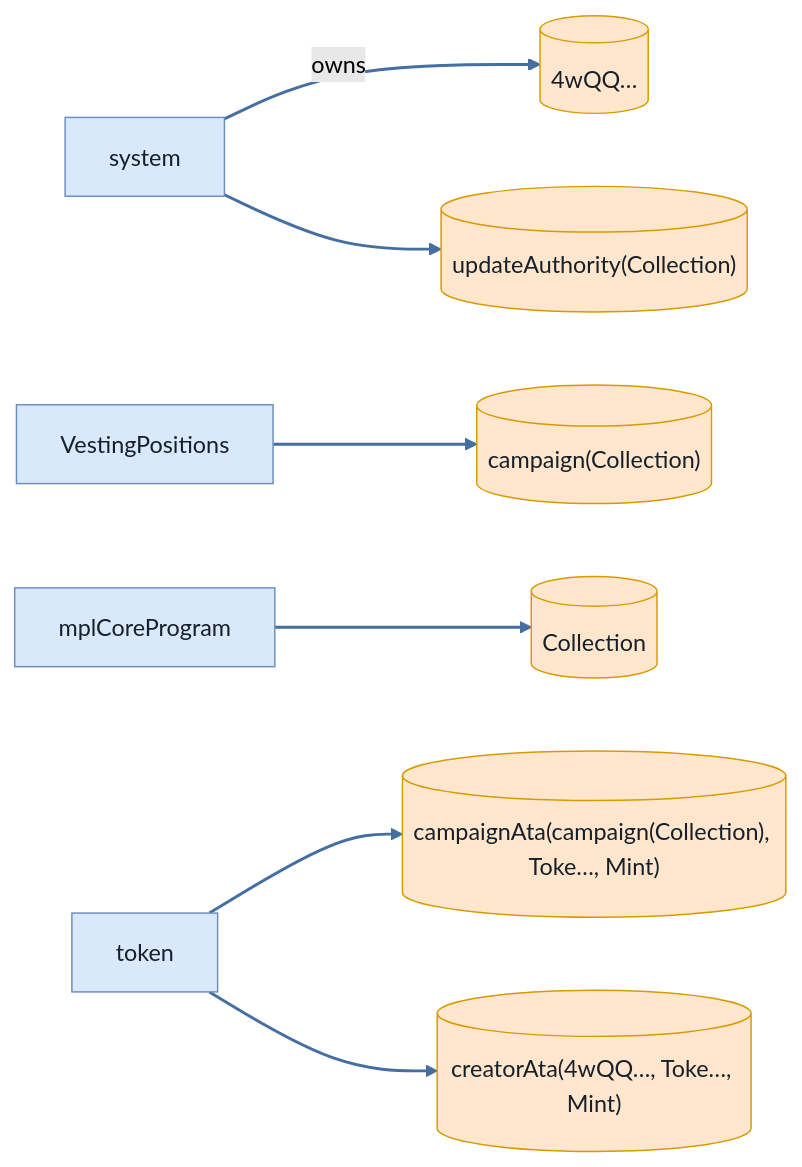
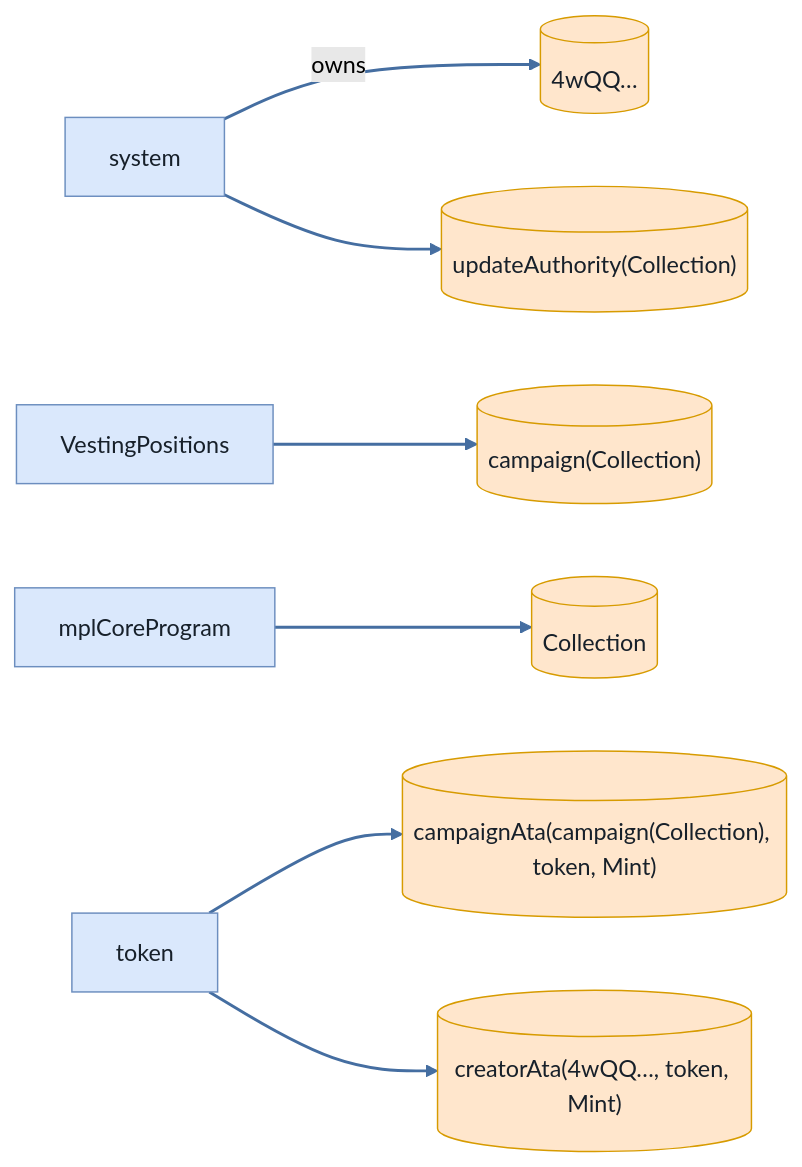
Before and after one commit to cds-turbin3/vesting-position: the sixth of 6 diagrams in babelfish-tests/test-report/cancel_campaign_requires_creator.md, drawn with Mermaid (forest theme). The commit also changed other lines of this file and 104 other files, not shown here.

````diff
--- a/babelfish-tests/test-report/cancel_campaign_requires_creator.md
+++ b/babelfish-tests/test-report/cancel_campaign_requires_creator.md
@@ -271,23 +271,23 @@
 ```mermaid
 flowchart LR
     system["system"]:::program
     n4wQQ[("4wQQ…")]:::state
     VestingPositions["VestingPositions"]:::program
     campaignCollection[("campaign(Collection)")]:::state
     mplCoreProgram["mplCoreProgram"]:::program
     Collection[("Collection")]:::state
     updateAuthorityCollection[("updateAuthority(Collection)")]:::state
     token["token"]:::program
-    campaignAtacampaignCollectionTokeMint[("campaignAta(campaign(Collection), Toke…, Mint)")]:::state
-    creatorAta4wQQTokeMint[("creatorAta(4wQQ…, Toke…, Mint)")]:::state
+    campaignAtacampaignCollectiontokenMint[("campaignAta(campaign(Collection), token, Mint)")]:::state
+    creatorAta4wQQtokenMint[("creatorAta(4wQQ…, token, Mint)")]:::state
     system -->|owns| n4wQQ
     VestingPositions --> campaignCollection
     mplCoreProgram --> Collection
     system --> updateAuthorityCollection
-    token --> campaignAtacampaignCollectionTokeMint
-    token --> creatorAta4wQQTokeMint
+    token --> campaignAtacampaignCollectiontokenMint
+    token --> creatorAta4wQQtokenMint
     classDef program fill:#dae8fc,stroke:#6c8ebf,color:#17202a;
     classDef signer fill:#d5e8d4,stroke:#82b366,color:#17202a;
     classDef state fill:#ffe6cc,stroke:#d79b00,color:#17202a;
     linkStyle 0,1,2,3,4,5 stroke:#456ea1,stroke-width:2px
 ```
````
